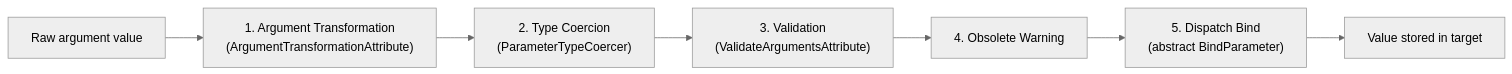
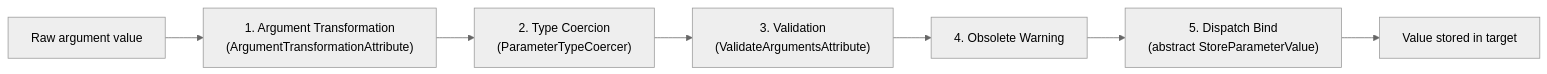
One commit to powercode/PowerShell changed the sixth of 6 diagrams in docs/dev-process/ParameterBinding.md. Above: the diagram before and after it, drawn with Mermaid (neutral theme). The commit also changed other lines of this file, not shown here.

````diff
--- a/docs/dev-process/ParameterBinding.md
+++ b/docs/dev-process/ParameterBinding.md
@@ -557,10 +559,10 @@
 ```mermaid
 %%{init: {"flowchart": {"wrappingWidth": 400}} }%%
 flowchart LR
     Arg["Raw argument value"] --> T1
     T1["1. Argument Transformation<br/>(ArgumentTransformationAttribute)"] --> T2
     T2["2. Type Coercion<br/>(ParameterTypeCoercer)"] --> T3
     T3["3. Validation<br/>(ValidateArgumentsAttribute)"] --> T4
     T4["4. Obsolete Warning"] --> T5
-    T5["5. Dispatch Bind<br/>(abstract BindParameter)"] --> Done["Value stored in target"]
+    T5["5. Dispatch Bind<br/>(abstract StoreParameterValue)"] --> Done["Value stored in target"]
 ```
````
